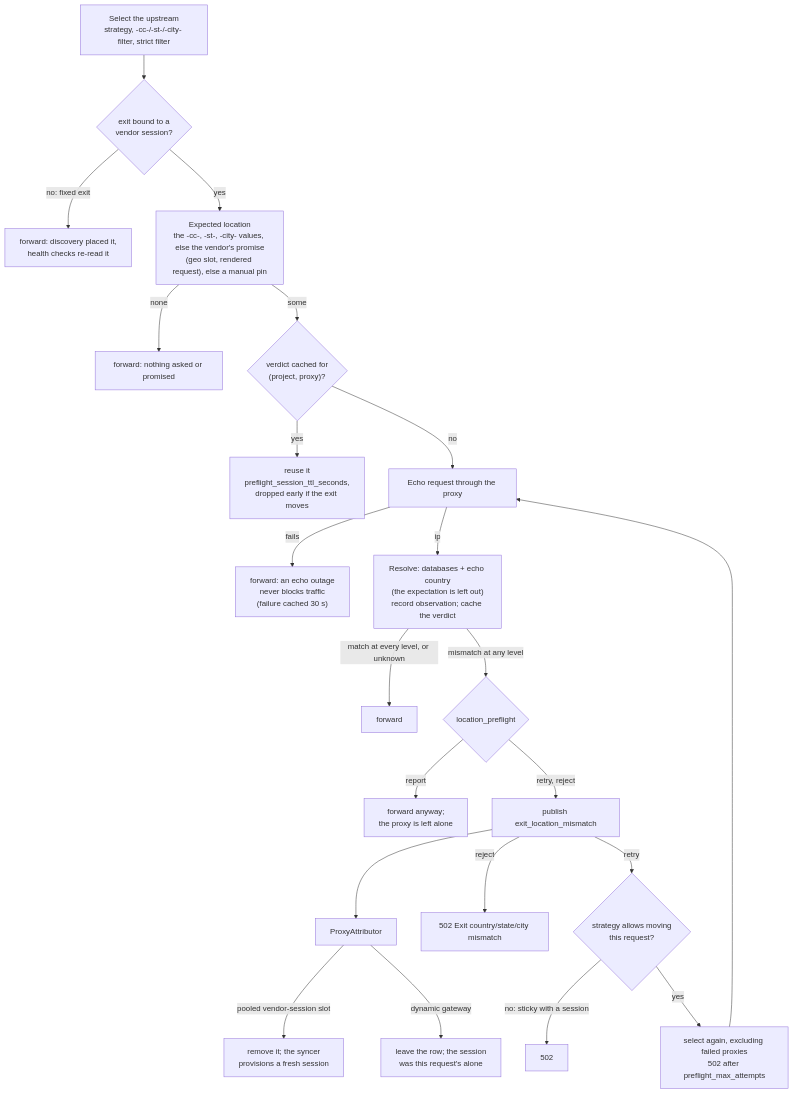
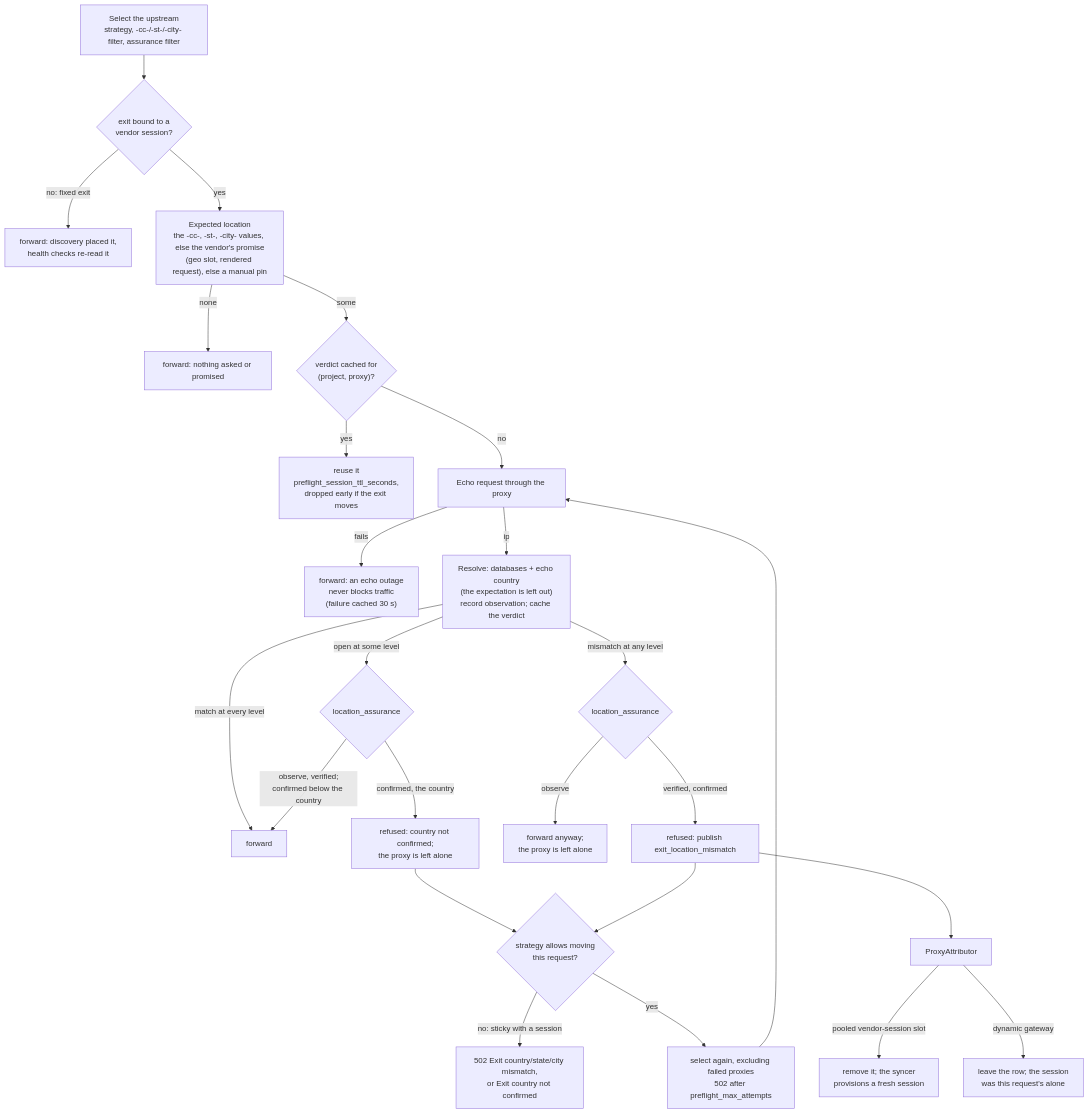
Before and after one commit to octoprox/octoprox: the third of 4 diagrams in docs/ip-attribution.md, drawn with Mermaid. The commit also changed other lines of this file and 32 other files, not shown here.

````diff
--- a/docs/ip-attribution.md
+++ b/docs/ip-attribution.md
@@ -63,24 +63,27 @@
 ```mermaid
 flowchart TD
-    select["Select the upstream<br/>strategy, -cc-/-st-/-city- filter, strict filter"] --> bound{"exit bound to a<br/>vendor session?"}
+    select["Select the upstream<br/>strategy, -cc-/-st-/-city- filter, assurance filter"] --> bound{"exit bound to a<br/>vendor session?"}
     bound -->|"no: fixed exit"| fwd0["forward: discovery placed it,<br/>health checks re-read it"]
     bound -->|yes| expected["Expected location<br/>the -cc-, -st-, -city- values, else the vendor's promise<br/>(geo slot, rendered request), else a manual pin"]
     expected -->|none| fwd1["forward: nothing asked or promised"]
     expected -->|some| cached{"verdict cached for<br/>(project, proxy)?"}
     cached -->|yes| reuse["reuse it<br/>preflight_session_ttl_seconds,<br/>dropped early if the exit moves"]
     cached -->|no| echo["Echo request through the proxy"]
     echo -->|fails| fwd2["forward: an echo outage<br/>never blocks traffic<br/>(failure cached 30 s)"]
     echo -->|ip| resolve["Resolve: databases + echo country<br/>(the expectation is left out)<br/>record observation; cache the verdict"]
-    resolve -->|"match at every level, or unknown"| fwd3["forward"]
-    resolve -->|"mismatch at any level"| mode{"location_preflight"}
-    mode -->|report| fwd4["forward anyway;<br/>the proxy is left alone"]
-    mode -->|"retry, reject"| mismatch["publish exit_location_mismatch"]
+    resolve -->|"match at every level"| fwd3["forward"]
+    resolve -->|"open at some level"| openq{"location_assurance"}
+    openq -->|"observe, verified;<br/>confirmed below the country"| fwd3
+    openq -->|"confirmed, the country"| refusedopen["refused: country not confirmed;<br/>the proxy is left alone"]
+    resolve -->|"mismatch at any level"| level{"location_assurance"}
+    level -->|observe| fwd4["forward anyway;<br/>the proxy is left alone"]
+    level -->|"verified, confirmed"| mismatch["refused: publish exit_location_mismatch"]
     mismatch --> attributor["ProxyAttributor"]
     attributor -->|"pooled vendor-session slot"| rotate["remove it; the syncer<br/>provisions a fresh session"]
     attributor -->|"dynamic gateway"| leave["leave the row; the session<br/>was this request's alone"]
-    mismatch -->|reject| r502["502 Exit country/state/city mismatch"]
-    mismatch -->|retry| allowed{"strategy allows moving<br/>this request?"}
-    allowed -->|"no: sticky with a session"| r502b["502"]
+    refusedopen --> allowed{"strategy allows moving<br/>this request?"}
+    mismatch --> allowed
+    allowed -->|"no: sticky with a session"| r502b["502 Exit country/state/city mismatch,<br/>or Exit country not confirmed"]
     allowed -->|yes| reselect["select again, excluding failed proxies<br/>502 after preflight_max_attempts"]
     reselect --> echo
 ```
````
